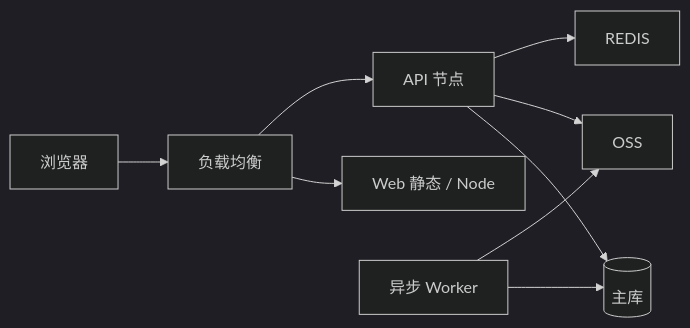
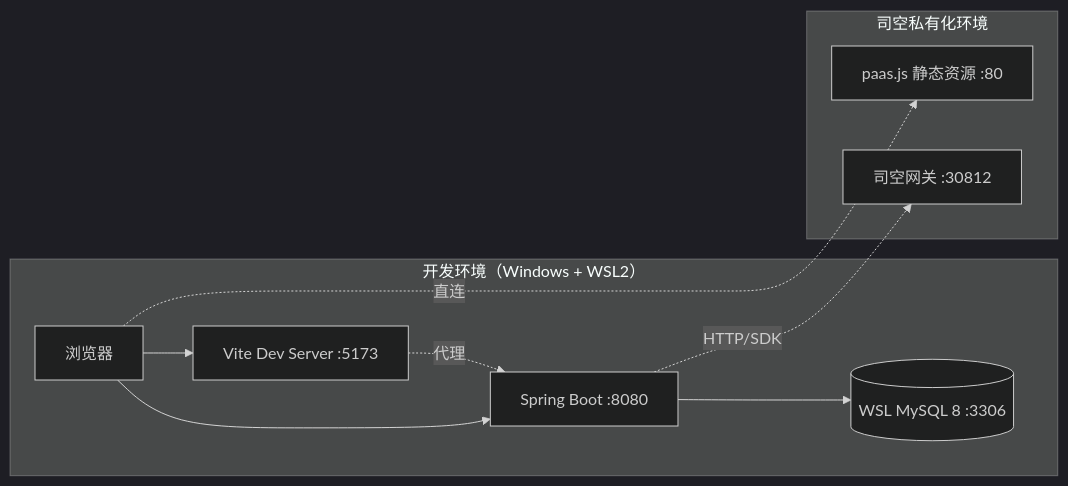
One commit to 270220320/paasPlatform changed the second of 5 diagrams in docs/03-design/preliminary/preliminary-design.md. Above: the diagram before and after it, drawn with Mermaid (dark theme). The commit also changed other lines of this file and 63 other files, not shown here.

````diff
--- a/docs/03-design/preliminary/preliminary-design.md
+++ b/docs/03-design/preliminary/preliminary-design.md
@@ -98,11 +115,15 @@
 ```mermaid
 flowchart LR
-  U[浏览器] --> LB[负载均衡]
-  LB --> WEB1[Web 静态 / Node]
-  LB --> API1[API 节点]
-  API1 --> DB[(主库)]
-  API1 --> OSS
-  API1 --> REDIS
-  WORKER[异步 Worker] --> DB
-  WORKER --> OSS
+  subgraph DevWS["开发环境（Windows + WSL2）"]
+    BR[浏览器] --> VITE[Vite Dev Server :5173]
+    BR --> API[Spring Boot :8080]
+    API --> MYSQL[(WSL MySQL 8 :3306)]
+  end
+  subgraph FH2Env["司空私有化环境"]
+    FH2WEB[paas.js 静态资源 :80]
+    FH2API[司空网关 :30812]
+  end
+  VITE -.代理.-> API
+  BR -.直连.-> FH2WEB
+  API -.HTTP/SDK.-> FH2API
 ```
````
